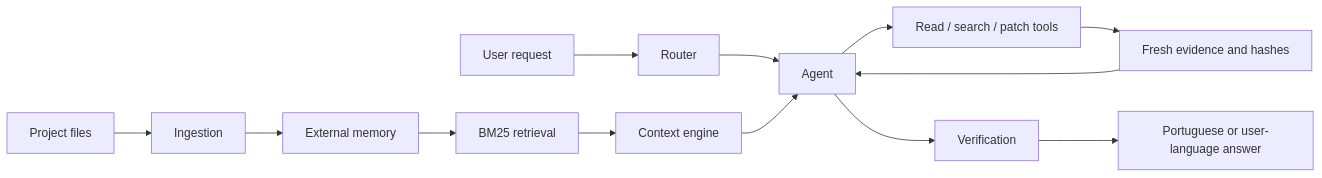
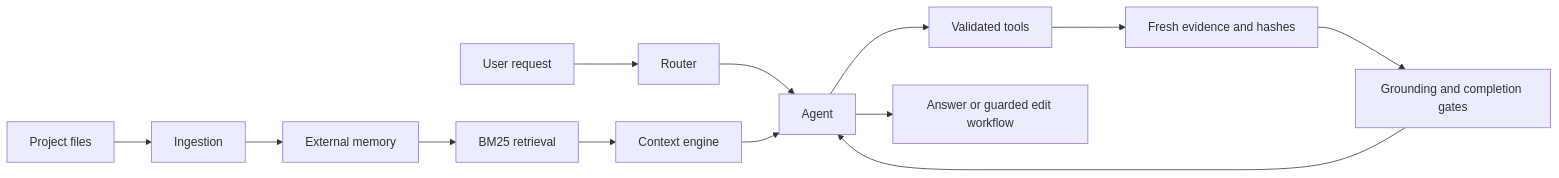
One commit to rafaelzaydh-jpg/eyle changed the first of 2 diagrams in docs/architecture.md. Above: the diagram before and after it, drawn with Mermaid. The commit also changed other lines of this file and 43 other files, not shown here.

````diff
--- a/docs/architecture.md
+++ b/docs/architecture.md
@@ -10,15 +7,15 @@
 ```mermaid
 flowchart LR
   P[Project files] --> I[Ingestion]
   I --> M[External memory]
   Q[User request] --> R[Router]
   M --> B[BM25 retrieval]
   R --> A[Agent]
   B --> C[Context engine]
   C --> A
-  A --> T[Read / search / patch tools]
+  A --> T[Validated tools]
   T --> E[Fresh evidence and hashes]
-  E --> A
-  A --> V[Verification]
-  V --> O[Portuguese or user-language answer]
+  E --> G[Grounding and completion gates]
+  G --> A
+  A --> O[Answer or guarded edit workflow]
 ```
````
